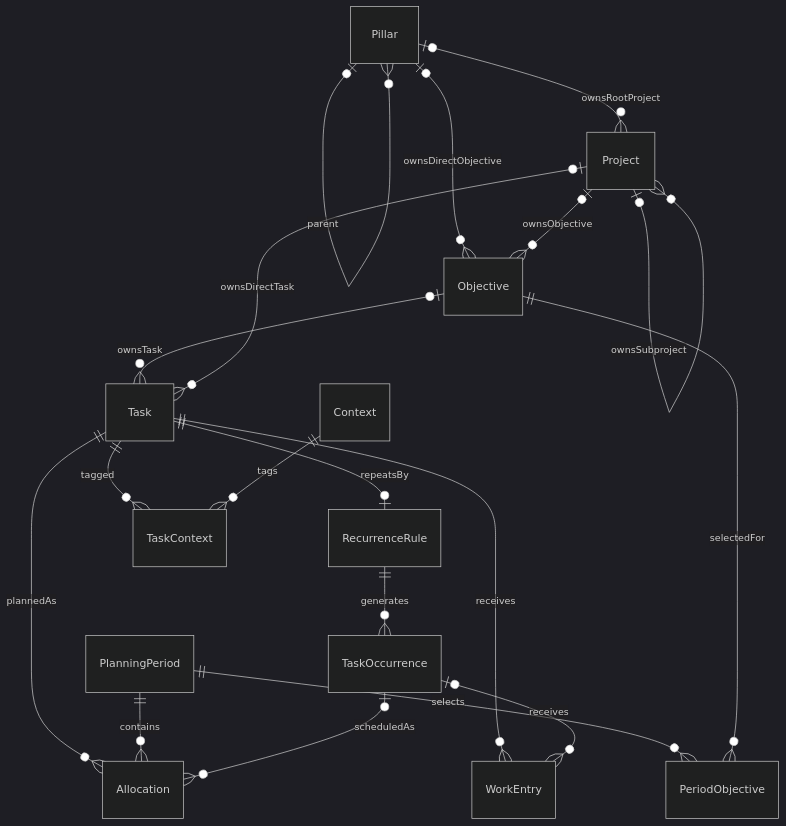
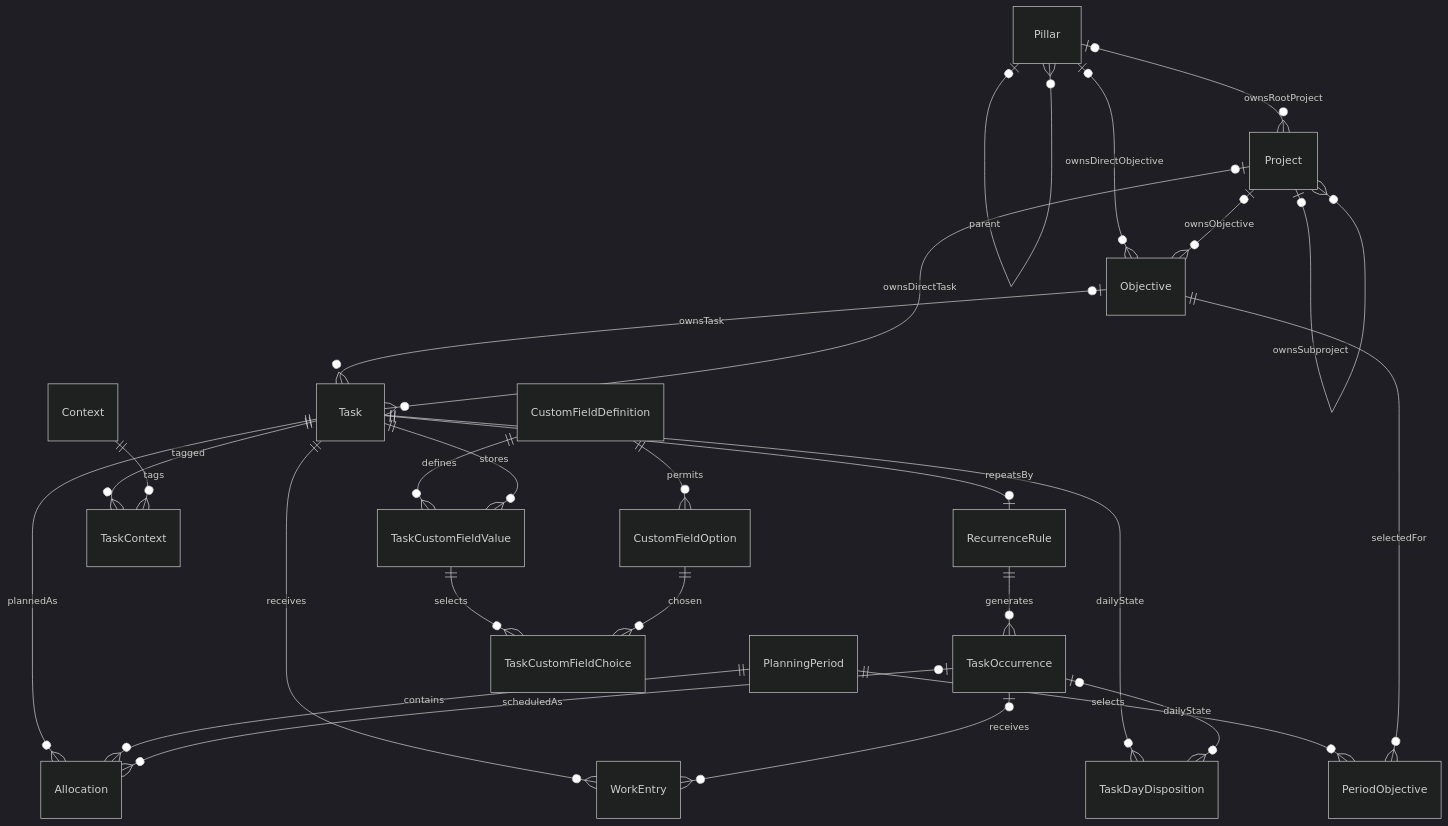
One commit to justinbloom7/TaskCompass changed the diagram in docs/DataModel.md. Above: the diagram before and after it, drawn with Mermaid (dark theme). The commit also changed other lines of this file and 9 other files, not shown here.

Commit message:
doc updates with roadmap details 1.1 foundation → 1.2 organization → 1.3 everyday management → 1.4 dates/filters → 2 advanced tasks → 3 planning → 3.1 custom fields → 4 guided planning → 5 sync → 6 mobile

````diff
--- a/docs/DataModel.md
+++ b/docs/DataModel.md
@@ -10,21 +10,28 @@
 ```mermaid
 erDiagram
    Pillar o|--o{ Pillar : parent
    Pillar o|--o{ Project : ownsRootProject
    Project o|--o{ Project : ownsSubproject
    Pillar o|--o{ Objective : ownsDirectObjective
    Project o|--o{ Objective : ownsObjective
    Objective o|--o{ Task : ownsTask
    Project o|--o{ Task : ownsDirectTask
    PlanningPeriod ||--o{ PeriodObjective : selects
    Objective ||--o{ PeriodObjective : selectedFor
    Task ||--o{ Allocation : plannedAs
    PlanningPeriod ||--o{ Allocation : contains
    Task ||--o| RecurrenceRule : repeatsBy
    RecurrenceRule ||--o{ TaskOccurrence : generates
    TaskOccurrence o|--o{ Allocation : scheduledAs
    Task ||--o{ WorkEntry : receives
    TaskOccurrence o|--o{ WorkEntry : receives
    Task ||--o{ TaskContext : tagged
    Context ||--o{ TaskContext : tags
+   Task ||--o{ TaskDayDisposition : dailyState
+   TaskOccurrence o|--o{ TaskDayDisposition : dailyState
+   CustomFieldDefinition ||--o{ CustomFieldOption : permits
+   CustomFieldDefinition ||--o{ TaskCustomFieldValue : defines
+   Task ||--o{ TaskCustomFieldValue : stores
+   TaskCustomFieldValue ||--o{ TaskCustomFieldChoice : selects
+   CustomFieldOption ||--o{ TaskCustomFieldChoice : chosen
 ```
````
